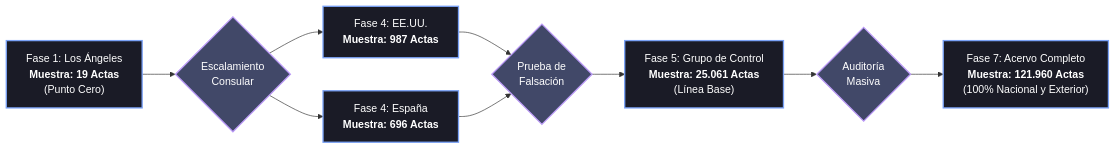
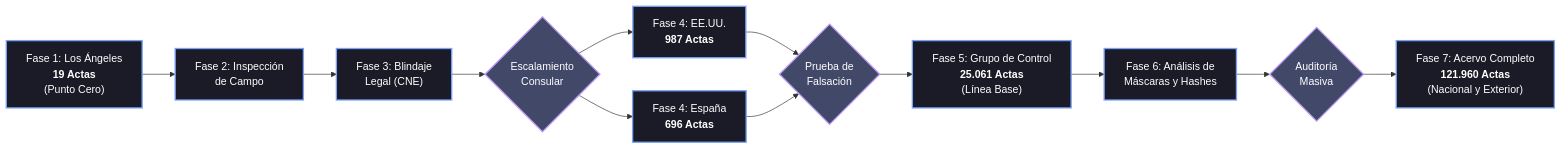
One commit to anzaca0330-pixel/AndreTaker---AnZaCa-Rep changed the diagram in README.md. Above: the diagram before and after it, drawn with Mermaid. The commit also changed other lines of this file, not shown here.

Commit message:
docs: actualizar diagrama y enlaces a informes periciales

````diff
--- a/README.md
+++ b/README.md
@@ -66,21 +66,25 @@
 ```mermaid
 flowchart LR
-    A["Fase 1: Los Ángeles<br><b>Muestra: 19 Actas</b><br>(Punto Cero)"] --> B{"Escalamiento<br>Consular"}
+    A["Fase 1: Los Ángeles<br><b>19 Actas</b><br>(Punto Cero)"] --> B["Fase 2: Inspección<br>de Campo"]
+    B --> C["Fase 3: Blindaje<br>Legal (CNE)"]
+    C --> D{"Escalamiento<br>Consular"}
     
-    B --> C["Fase 4: EE.UU.<br><b>Muestra: 987 Actas</b>"]
-    B --> D["Fase 4: España<br><b>Muestra: 696 Actas</b>"]
+    D --> E["Fase 4: EE.UU.<br><b>987 Actas</b>"]
+    D --> F["Fase 4: España<br><b>696 Actas</b>"]
     
-    C --> E{"Prueba de<br>Falsación"}
-    D --> E
+    E --> G{"Prueba de<br>Falsación"}
+    F --> G
     
-    E --> F["Fase 5: Grupo de Control<br><b>Muestra: 25.061 Actas</b><br>(Línea Base)"]
+    G --> H["Fase 5: Grupo de Control<br><b>25.061 Actas</b><br>(Línea Base)"]
     
-    F --> G{"Auditoría<br>Masiva"}
+    H --> I["Fase 6: Análisis de<br>Máscaras y Hashes"]
     
-    G --> H["Fase 7: Acervo Completo<br><b>Muestra: 121.960 Actas</b><br>(100% Nacional y Exterior)"]
+    I --> J{"Auditoría<br>Masiva"}
+    
+    J --> K["Fase 7: Acervo Completo<br><b>121.960 Actas</b><br>(Nacional y Exterior)"]
 
     classDef fase fill:#1a1b26,stroke:#7aa2f7,stroke-width:2px,color:#fff
     classDef escalamiento fill:#414868,stroke:#bb9af7,stroke-width:2px,color:#fff
-    class A,C,D,F,H fase
-    class B,E,G escalamiento
+    class A,B,C,E,F,H,I,K fase
+    class D,G,J escalamiento
 ```
````
